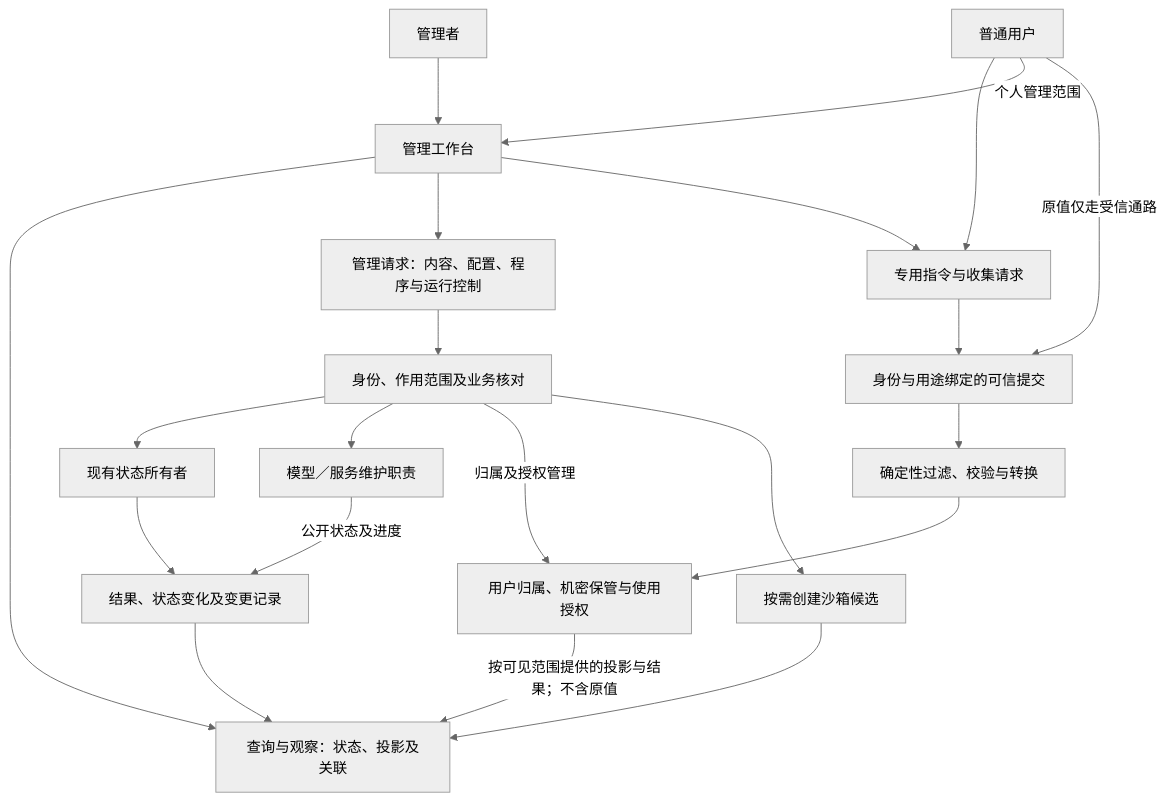
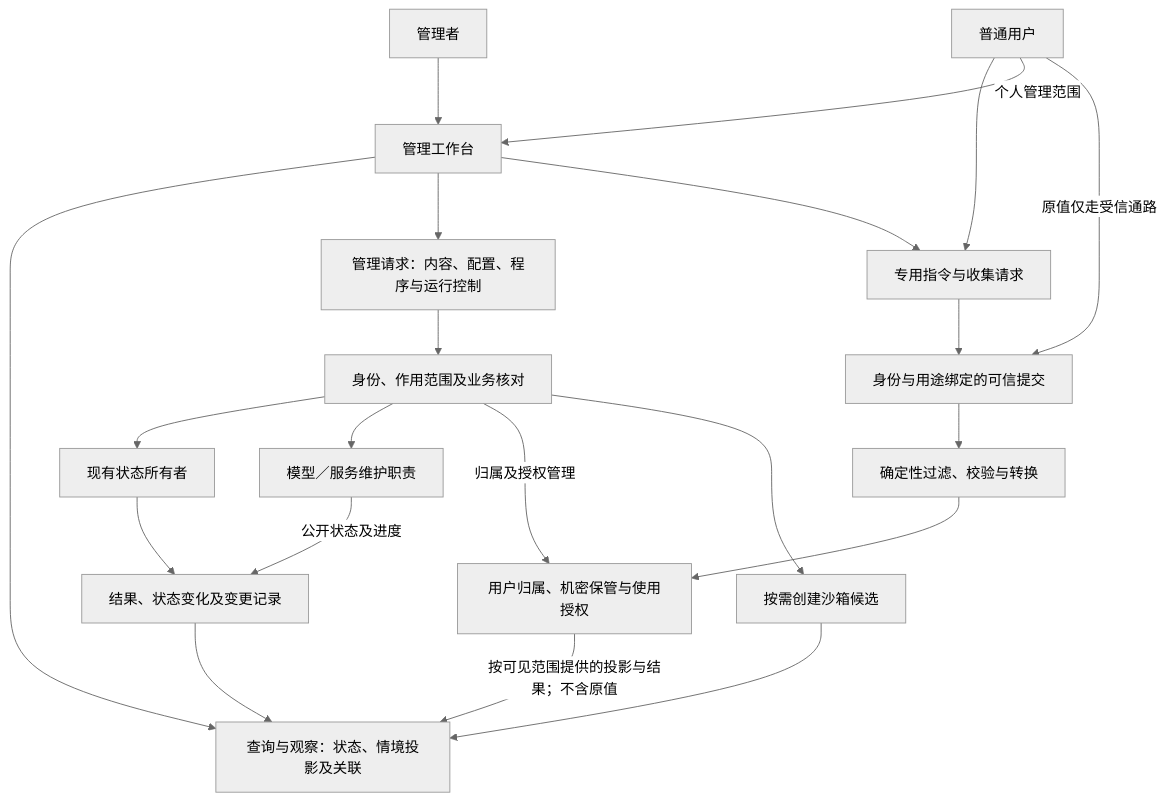
The diagram in docs/management-workspace.md (d7z-project/TinyAGI), drawn with Mermaid (neutral theme) before and after one commit. The commit also changed other lines of this file and 13 other files, not shown here.

````diff
--- a/docs/management-workspace.md
+++ b/docs/management-workspace.md
@@ -27,23 +27,23 @@
 ```mermaid
 flowchart TB
     Operator["管理者"] --> Workspace["管理工作台"]
-    Workspace --> Read["查询与观察：状态、投影及关联"]
+    Workspace --> Read["查询与观察：状态、情境投影及关联"]
     Workspace --> Request["管理请求：内容、配置、程序与运行控制"]
     Request --> Scope["身份、作用范围及业务核对"]
     Scope --> Owners["现有状态所有者"]
     Scope --> Maintenance["模型／服务维护职责"]
     User["普通用户"] --> Command["专用指令与收集请求"]
     User -->|"个人管理范围"| Workspace
     Workspace --> Command
     Command --> Intake["身份与用途绑定的可信提交"]
     User -->|"原值仅走受信通路"| Intake
     Intake --> Pipeline["确定性过滤、校验与转换"]
     Pipeline --> Secrets["用户归属、机密保管与使用授权"]
     Scope -->|"归属及授权管理"| Secrets
     Secrets -->|"按可见范围提供的投影与结果；不含原值"| Read
     Maintenance -->|"公开状态及进度"| Events
     Owners --> Events["结果、状态变化及变更记录"]
     Events --> Read
     Scope --> Sandbox["按需创建沙箱候选"]
     Sandbox --> Read
 ```
````
